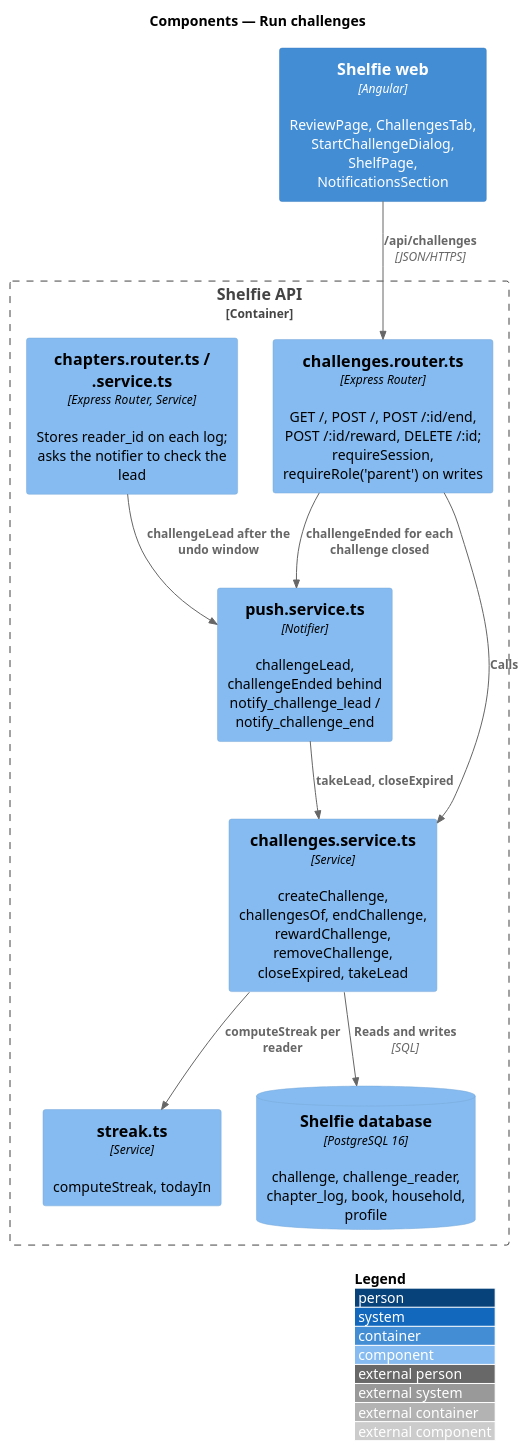
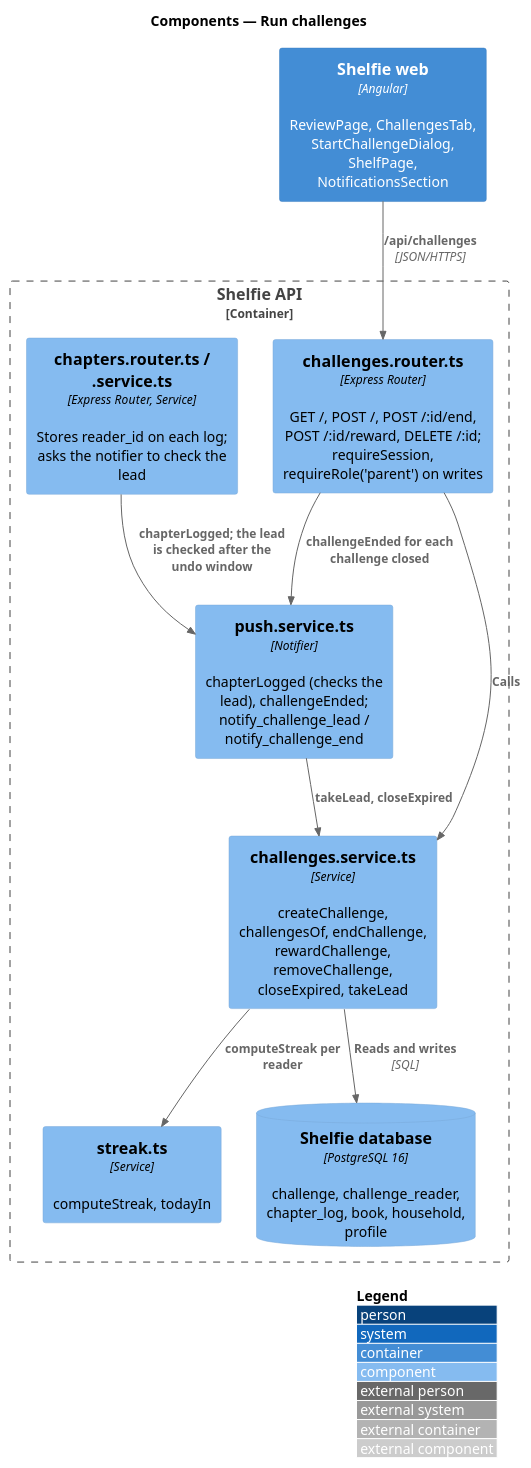
Before and after one commit to QuinntyneBrown/shelfie: the diagram in docs/detailed-designs/review/run-challenges/diagrams/c4-component.puml, drawn with PlantUML. The commit also changed 18 other files, not shown here.

```diff
--- a/docs/detailed-designs/review/run-challenges/diagrams/c4-component.puml
+++ b/docs/detailed-designs/review/run-challenges/diagrams/c4-component.puml
@@ -1,22 +1,22 @@
 @startuml
 !include <C4/C4_Component>
 LAYOUT_WITH_LEGEND()
 title Components — Run challenges
 
 Container(web, "Shelfie web", "Angular", "ReviewPage, ChallengesTab, StartChallengeDialog, ShelfPage, NotificationsSection")
 Container_Boundary(api, "Shelfie API") {
   Component(router, "challenges.router.ts", "Express Router", "GET /, POST /, POST /:id/end, POST /:id/reward, DELETE /:id; requireSession, requireRole('parent') on writes")
   Component(service, "challenges.service.ts", "Service", "createChallenge, challengesOf, endChallenge, rewardChallenge, removeChallenge, closeExpired, takeLead")
   Component(chapters, "chapters.router.ts / .service.ts", "Express Router, Service", "Stores reader_id on each log; asks the notifier to check the lead")
-  Component(notifier, "push.service.ts", "Notifier", "challengeLead, challengeEnded behind notify_challenge_lead / notify_challenge_end")
+  Component(notifier, "push.service.ts", "Notifier", "chapterLogged (checks the lead), challengeEnded; notify_challenge_lead / notify_challenge_end")
   Component(streak, "streak.ts", "Service", "computeStreak, todayIn")
   ComponentDb(db, "Shelfie database", "PostgreSQL 16", "challenge, challenge_reader, chapter_log, book, household, profile")
 }
 Rel(web, router, "/api/challenges", "JSON/HTTPS")
 Rel(router, service, "Calls")
 Rel(router, notifier, "challengeEnded for each challenge closed")
-Rel(chapters, notifier, "challengeLead after the undo window")
+Rel(chapters, notifier, "chapterLogged; the lead is checked after the undo window")
 Rel(notifier, service, "takeLead, closeExpired")
 Rel(service, streak, "computeStreak per reader")
 Rel(service, db, "Reads and writes", "SQL")
 @enduml
```
